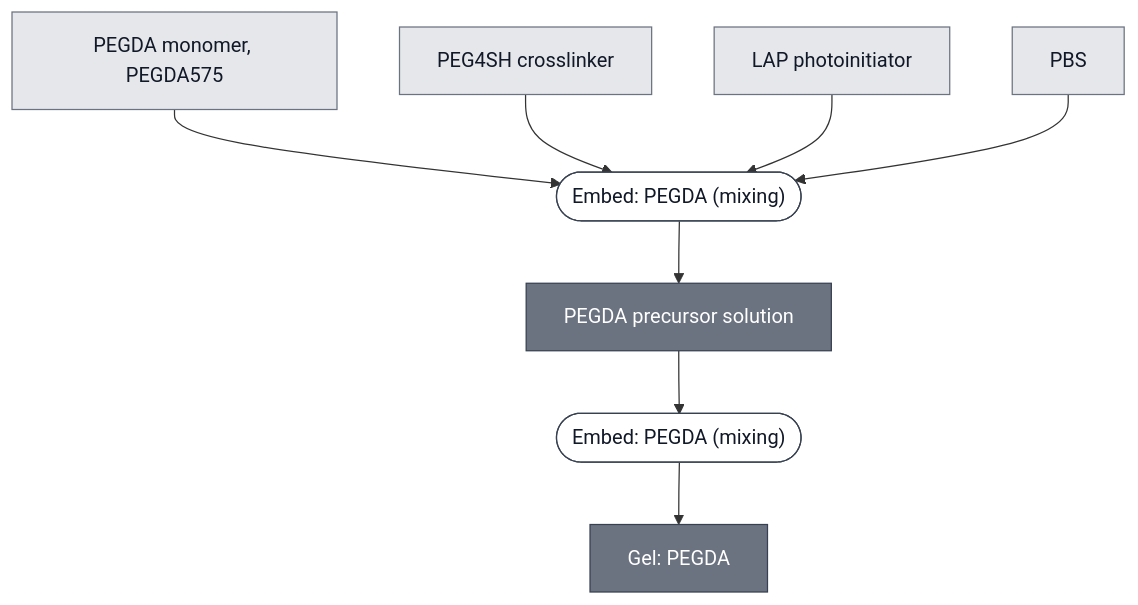
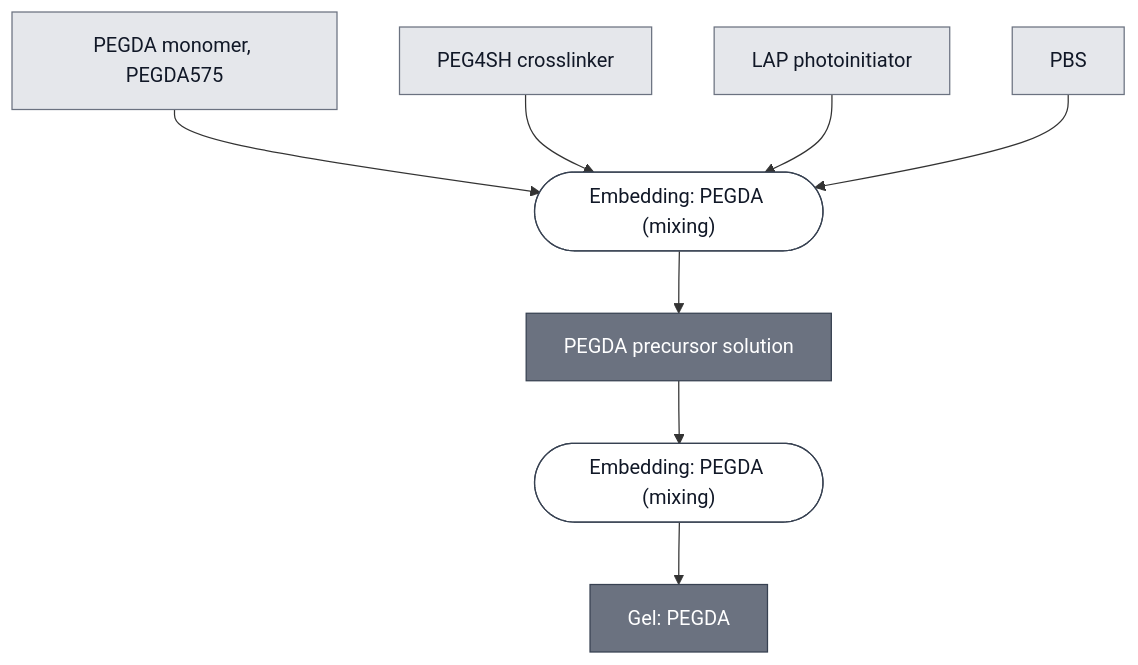
One commit to nucleus-eng/nucleus-docs changed the diagram in docs/modules/gel-pegda/spec.md. Above: the diagram before and after it, drawn with Mermaid. The commit also changed other lines of this file and 42 other files, not shown here.

First line of the commit message:
All five embedding routes become Embedding: X, and Embed: was my outlier

````diff
--- a/docs/modules/gel-pegda/spec.md
+++ b/docs/modules/gel-pegda/spec.md
@@ -41,33 +41,33 @@
 ```mermaid
 flowchart TD
     PEGDA575["PEGDA monomer, PEGDA575"]
     PEG4SH["PEG4SH crosslinker"]
     LAP["LAP photoinitiator"]
     PBS["PBS"]
 
-    P1_ASSEMBLE_PRECURSOR_0(["Embed: PEGDA (mixing)"])
+    P1_ASSEMBLE_PRECURSOR_0(["Embedding: PEGDA (mixing)"])
     PEGDA_PRECURSOR["PEGDA precursor solution"]
-    P2_PHOTOPATTERN_0(["Embed: PEGDA (mixing)"])
+    P2_PHOTOPATTERN_0(["Embedding: PEGDA (mixing)"])
     GEL_PEGDA["Gel: PEGDA"]
 
     PEGDA575 --> P1_ASSEMBLE_PRECURSOR_0
     PEG4SH --> P1_ASSEMBLE_PRECURSOR_0
     LAP --> P1_ASSEMBLE_PRECURSOR_0
     PBS --> P1_ASSEMBLE_PRECURSOR_0
     P1_ASSEMBLE_PRECURSOR_0 --> PEGDA_PRECURSOR
 
     PEGDA_PRECURSOR --> P2_PHOTOPATTERN_0
     P2_PHOTOPATTERN_0 --> GEL_PEGDA
 
 
     classDef leaf     fill:#e5e7eb,stroke:#6b7280,color:#111827;
     classDef composed fill:#6b7280,stroke:#374151,color:#ffffff;
     classDef process  fill:#ffffff,stroke:#374151,color:#111827;
     class PEGDA575,PEG4SH,LAP,PBS leaf;
     class PEGDA_PRECURSOR,GEL_PEGDA composed;
     class P1_ASSEMBLE_PRECURSOR_0,P2_PHOTOPATTERN_0 process;
 
     click P1_ASSEMBLE_PRECURSOR_0 "/docs/processes/embed-pegda/main"
     click P2_PHOTOPATTERN_0 "/docs/processes/embed-pegda/main"
     click GEL_PEGDA "/docs/modules/gel-pegda/spec"
 ```
````
